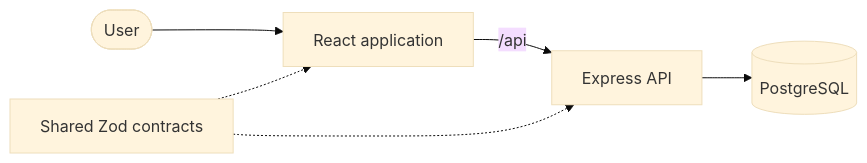
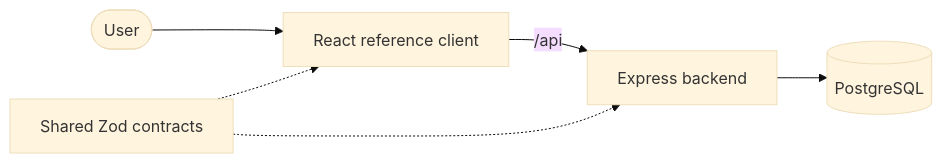
One commit to jakobzagar/Fit-Track changed the second of 2 diagrams in README.md. Above: the diagram before and after it, drawn with Mermaid (base theme). The commit also changed other lines of this file and 4 other files, not shown here.

````diff
--- a/README.md
+++ b/README.md
@@ -70,9 +81,9 @@
 ```mermaid
 flowchart LR
-    User([User]) --> Frontend[React application]
-    Frontend -->|/api| API[Express API]
-    API --> Database[(PostgreSQL)]
+    User([User]) --> Client[React reference client]
+    Client -->|/api| Backend[Express backend]
+    Backend --> Database[(PostgreSQL)]
 
-    Contracts[Shared Zod contracts] -.-> Frontend
-    Contracts -.-> API
+    Contracts[Shared Zod contracts] -.-> Client
+    Contracts -.-> Backend
 ```
````
